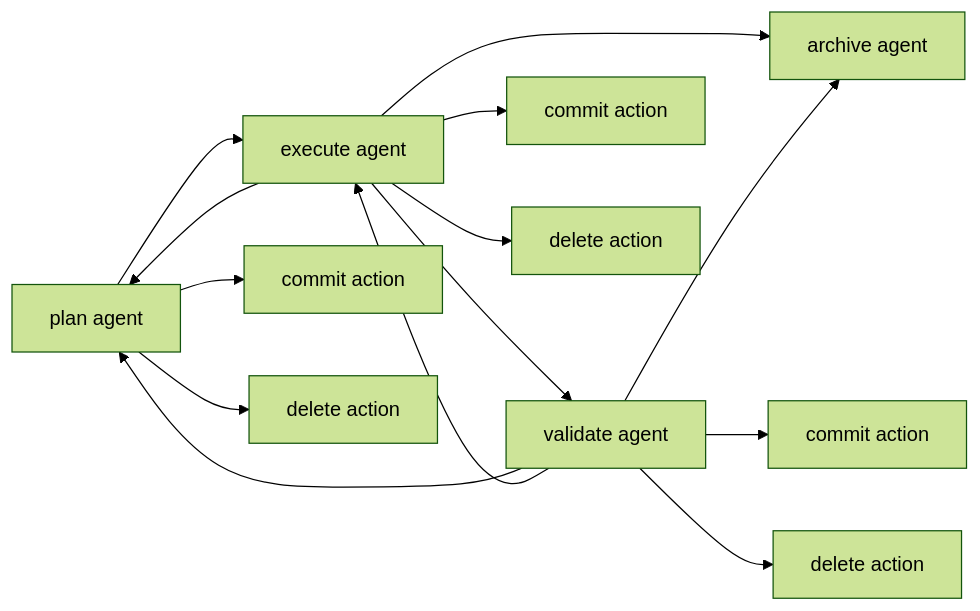
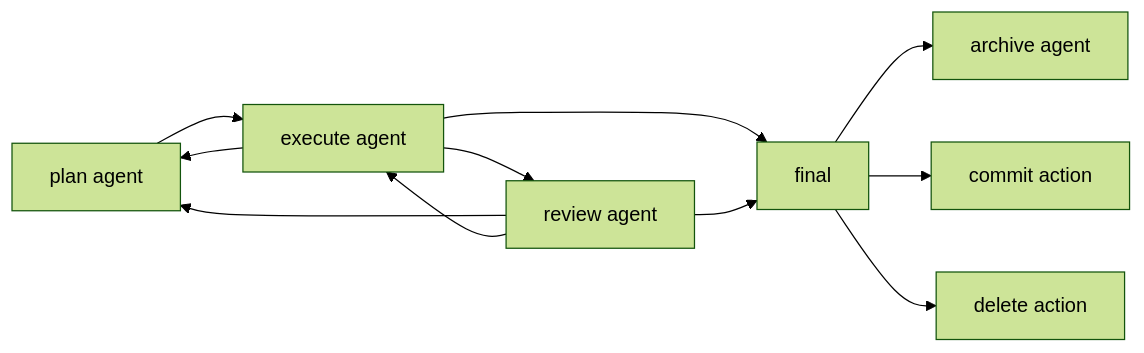
Before and after one commit to Myriad-Dreamin/meow-team: the second of 2 diagrams in docs/interactive-mode.md, drawn with Mermaid (forest theme). The commit also changed other lines of this file, not shown here.

Commit message:
Refactor flowcharts to streamline actions
Removed unnecessary commit and delete actions from the flowcharts and added final actions.

````diff
--- a/docs/interactive-mode.md
+++ b/docs/interactive-mode.md
@@ -111,16 +108,13 @@
 ```mermaid
 flowchart LR
   Plan[plan agent] --> Execute[execute agent]
-  Plan --> CommitA[commit action]
-  Plan --> DeleteA[delete action]
   Execute --> Plan
-  Execute --> Validate[validate agent]
-  Execute --> Archive[archive agent]
-  Execute --> CommitB[commit action]
-  Execute --> DeleteB[delete action]
+  Execute --> Validate[review agent]
+  Execute --> Final[final]
   Validate --> Plan
   Validate --> Execute
-  Validate --> Archive
-  Validate --> CommitC[commit action]
-  Validate --> DeleteC[delete action]
+  Validate --> Final
+  Final --> Archive[archive agent]
+  Final --> Commit[commit action]
+  Final --> Delete[delete action]
 ```
````
